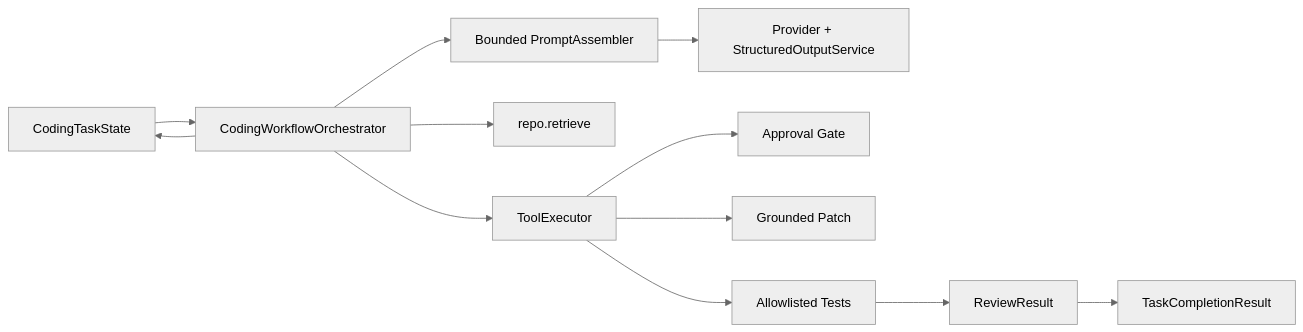
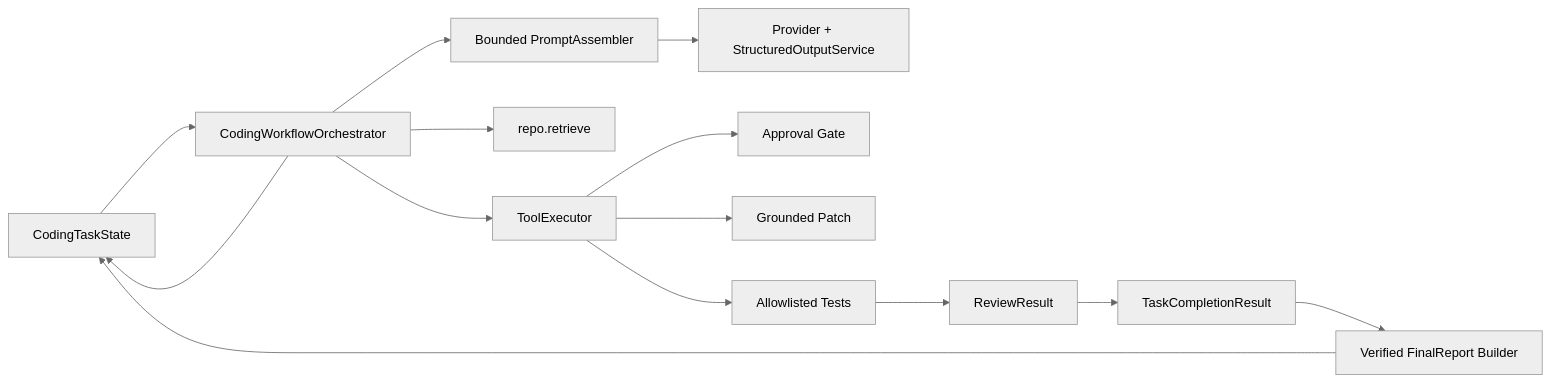
One commit to BinCry/Agentic-AI changed the third of 3 diagrams in docs/system-architecture.md. Above: the diagram before and after it, drawn with Mermaid (neutral theme). The commit also changed other lines of this file and 20 other files, not shown here.

Commit message:
feat(batch2): add verified structured final reports

````diff
--- a/docs/system-architecture.md
+++ b/docs/system-architecture.md
@@ -66,14 +66,16 @@
 ```mermaid
 flowchart LR
     State[CodingTaskState] --> Orchestrator[CodingWorkflowOrchestrator]
     Orchestrator --> Prompt[Bounded PromptAssembler]
     Prompt --> LLM[Provider + StructuredOutputService]
     Orchestrator --> RAG[repo.retrieve]
     Orchestrator --> Tools[ToolExecutor]
     Tools --> Approval[Approval Gate]
     Tools --> Patch[Grounded Patch]
     Tools --> Tests[Allowlisted Tests]
     Tests --> Review[ReviewResult]
-    Review --> Final[TaskCompletionResult]
+    Review --> Completion[TaskCompletionResult]
+    Completion --> Final[Verified FinalReport Builder]
+    Final --> State
     Orchestrator --> State
 ```
````
